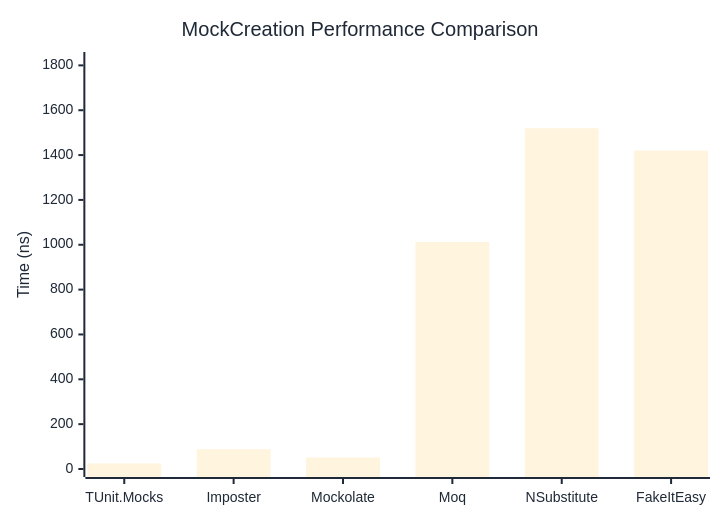
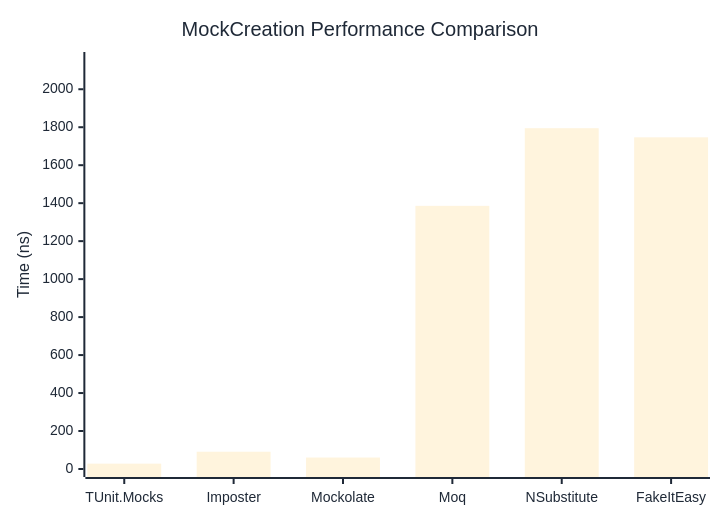
The first of 2 diagrams in docs/docs/benchmarks/mocks/MockCreation.md (thomhurst/TUnit), drawn with Mermaid before and after one commit. The commit also changed other lines of this file and 14 other files, not shown here.

````diff
--- a/docs/docs/benchmarks/mocks/MockCreation.md
+++ b/docs/docs/benchmarks/mocks/MockCreation.md
@@ -30,27 +30,27 @@
 ```mermaid
 %%{init: {
   'theme':'base',
   'themeVariables': {
     'primaryColor': '#2563eb',
     'primaryTextColor': '#1f2937',
     'primaryBorderColor': '#1e40af',
     'lineColor': '#6b7280',
     'secondaryColor': '#7c3aed',
     'tertiaryColor': '#dc2626',
     'background': '#ffffff',
     'pie1': '#2563eb',
     'pie2': '#7c3aed',
     'pie3': '#dc2626',
     'pie4': '#f59e0b',
     'pie5': '#10b981',
     'pie6': '#06b6d4',
     'pie7': '#ec4899',
     'pie8': '#6366f1'
   }
 }}%%
 xychart-beta
   title "MockCreation Performance Comparison"
   x-axis ["TUnit.Mocks", "Imposter", "Mockolate", "Moq", "NSubstitute", "FakeItEasy"]
-  y-axis "Time (ns)" 0 --> 1824
-  bar [24.83, 88.38, 51.41, 1012.43, 1519.96, 1420.01]
+  y-axis "Time (ns)" 0 --> 2154
+  bar [28.2, 90.87, 60.38, 1385.96, 1794.82, 1746.75]
 ```
````
